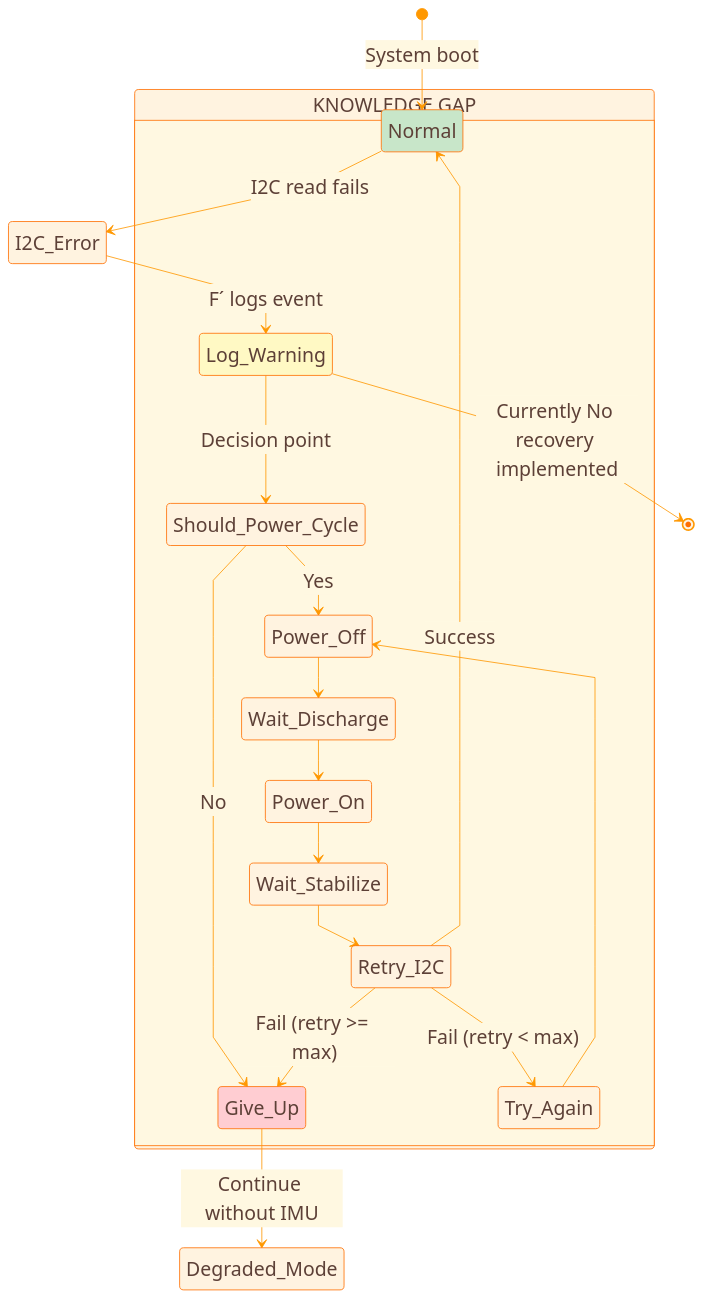
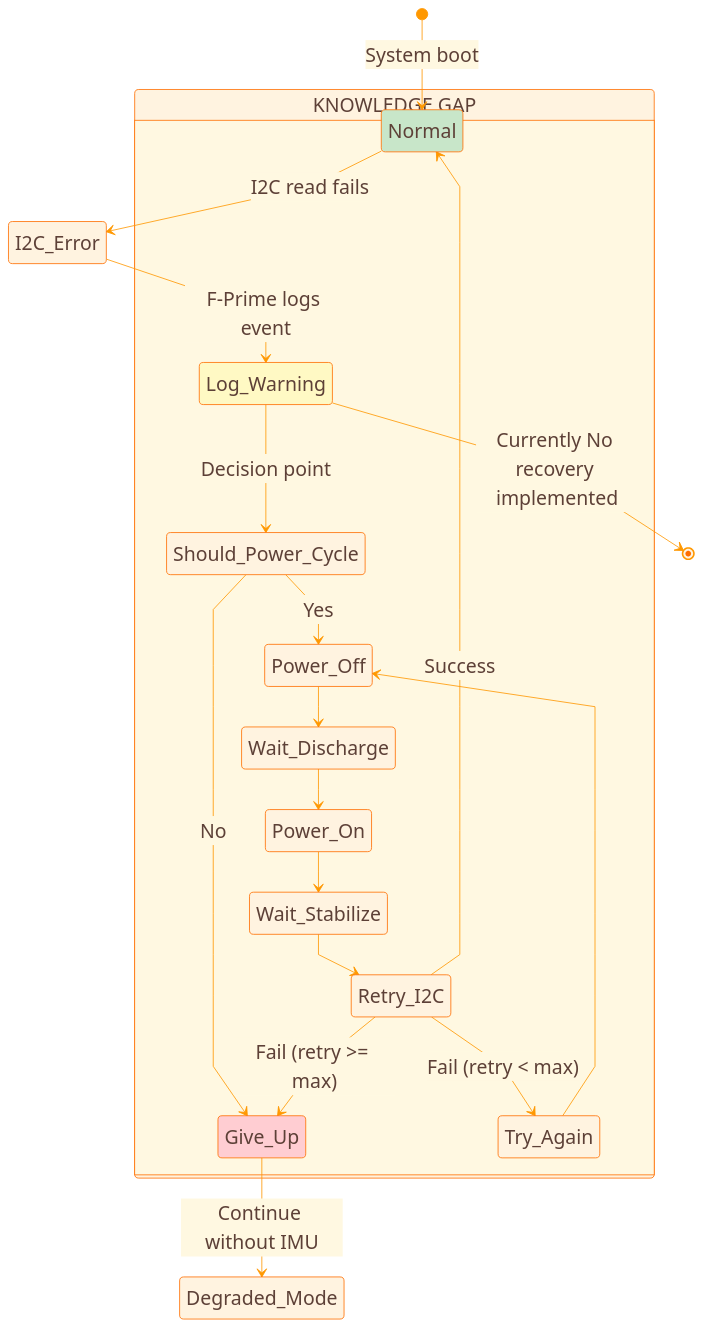
The fourth of 9 diagrams in docs/diagrams/knowledge-gaps.md (Lizo-RoadTown/PROVES_LIBRARY), drawn with Mermaid before and after one commit. The commit also changed other lines of this file and 5 other files, not shown here.

```diff
--- a/docs/diagrams/knowledge-gaps.md
+++ b/docs/diagrams/knowledge-gaps.md
@@ -996,7 +996,7 @@
     [*] --> Normal: System boot
 
     Normal --> I2C_Error: I2C read fails
-    I2C_Error --> Log_Warning: F´ logs event
+    I2C_Error --> Log_Warning: F-Prime logs event
 
     state "KNOWLEDGE GAP" as GAP {
         Log_Warning --> Should_Power_Cycle: Decision point
```
